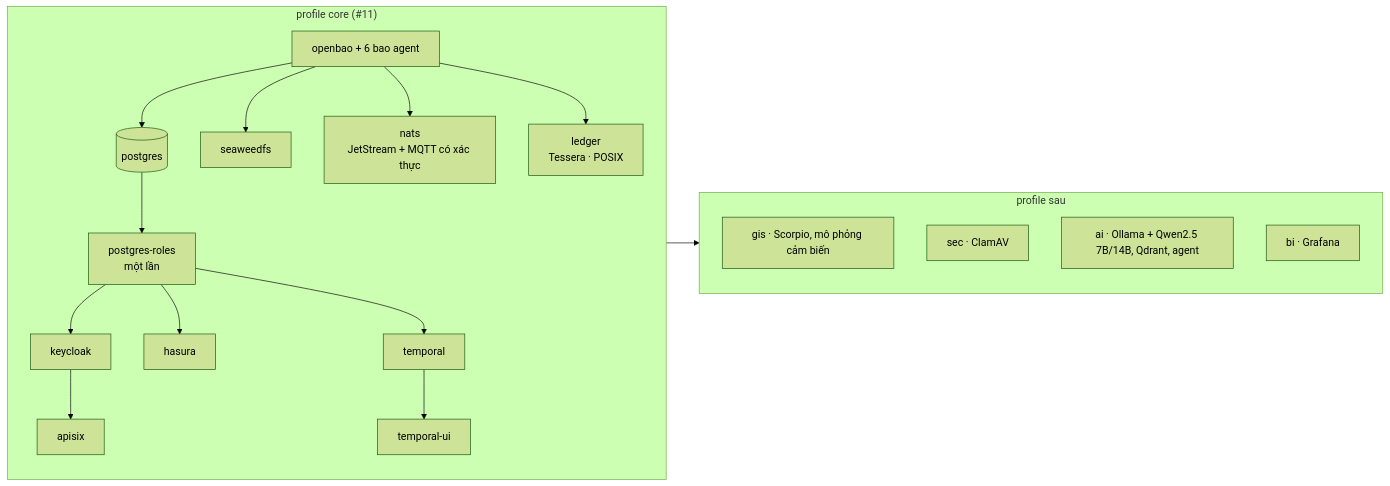
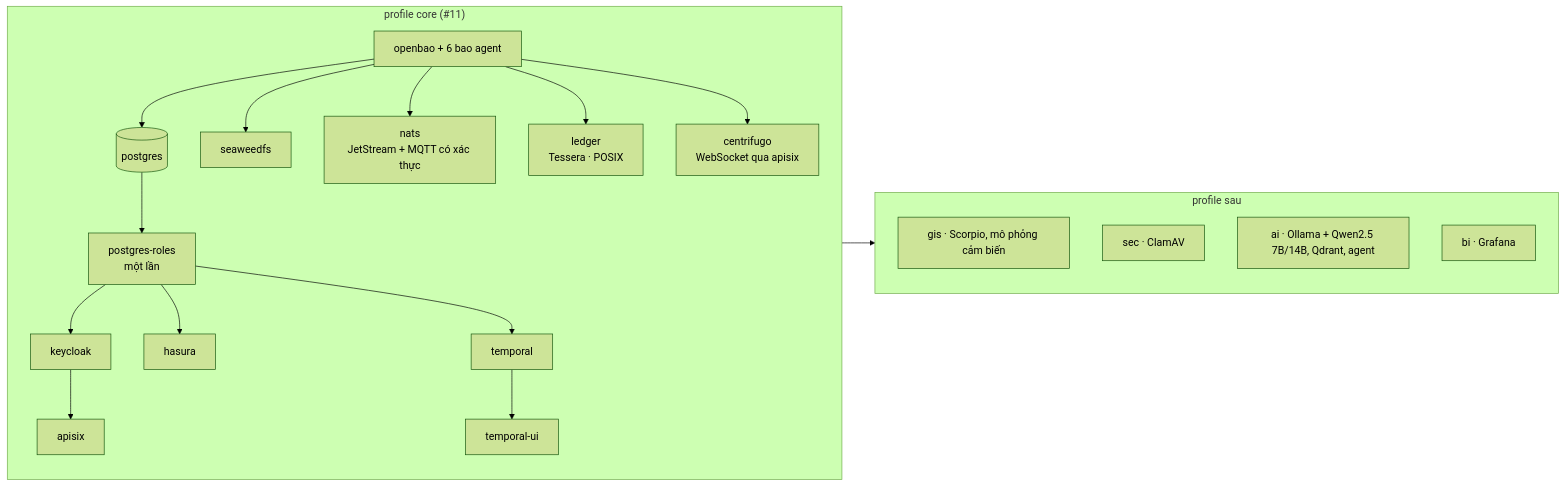
The sixth of 15 diagrams in docs/architecture.md (disaster-dxos/disaster-dxos), drawn with Mermaid (forest theme) before and after one commit. The commit also changed other lines of this file and 38 other files, not shown here.

First line of the commit message:
feat(realtime): thông báo realtime cho web điều phối qua Centrifugo OSS (#68)

````diff
--- a/docs/architecture.md
+++ b/docs/architecture.md
@@ -247,20 +290,21 @@
 ```mermaid
 flowchart LR
   subgraph core["profile core (#11)"]
     direction TB
     bao[openbao + 6 bao agent] --> pg[(postgres)] --> roles[postgres-roles<br/>một lần]
     roles --> kc[keycloak] --> gw[apisix]
     roles --> hs[hasura]
     roles --> tp[temporal] --> tui[temporal-ui]
     bao --> sw[seaweedfs]
     bao --> nt[nats<br/>JetStream + MQTT có xác thực]
     bao --> ld[ledger<br/>Tessera · POSIX]
+    bao --> cf[centrifugo<br/>WebSocket qua apisix]
   end
   subgraph later["profile sau"]
     gis["gis · Scorpio, mô phỏng cảm biến"]
     sec["sec · ClamAV"]
     ai["ai · Ollama + Qwen2.5 7B/14B, Qdrant, agent"]
     bi["bi · Grafana"]
   end
   core --> later
 ```
````
